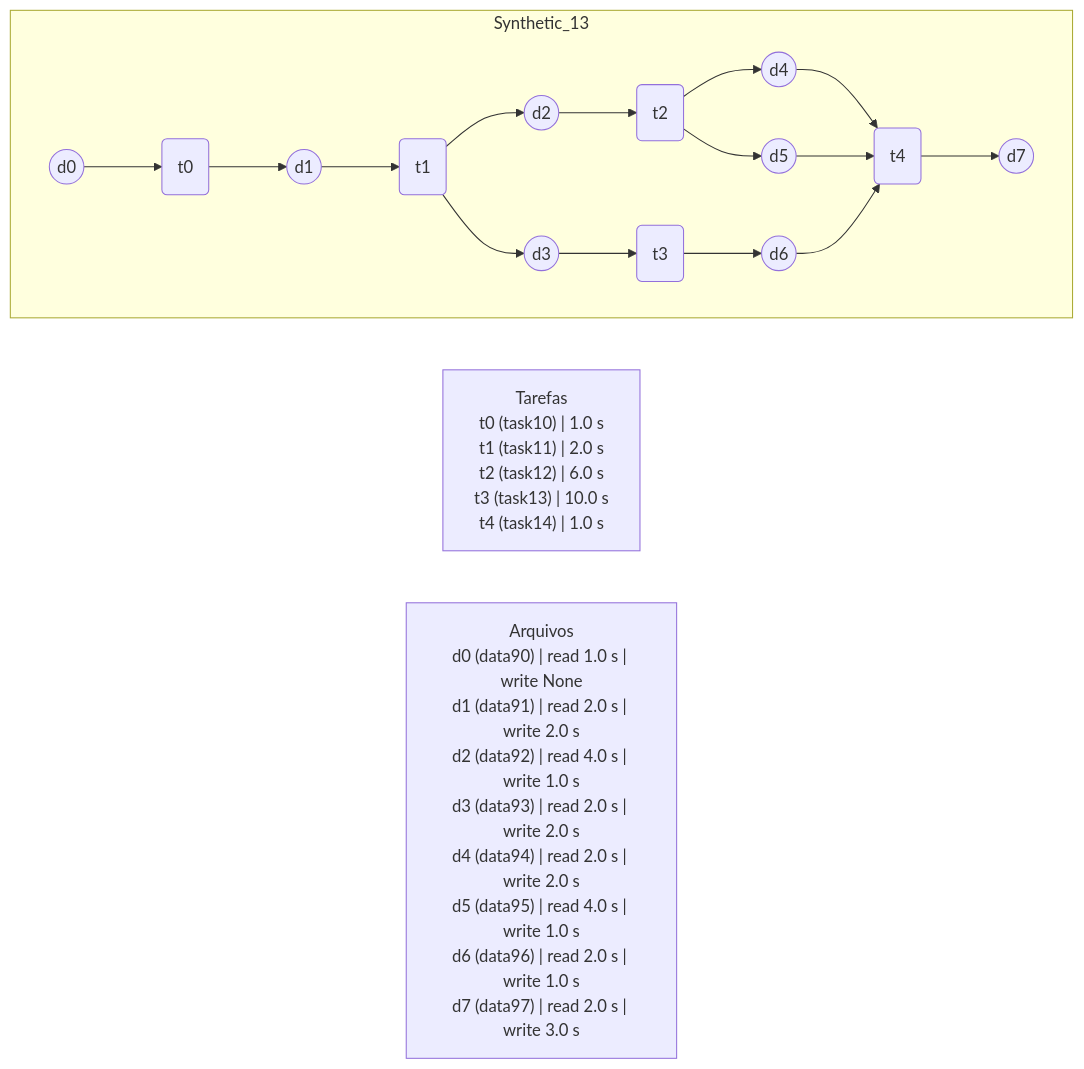
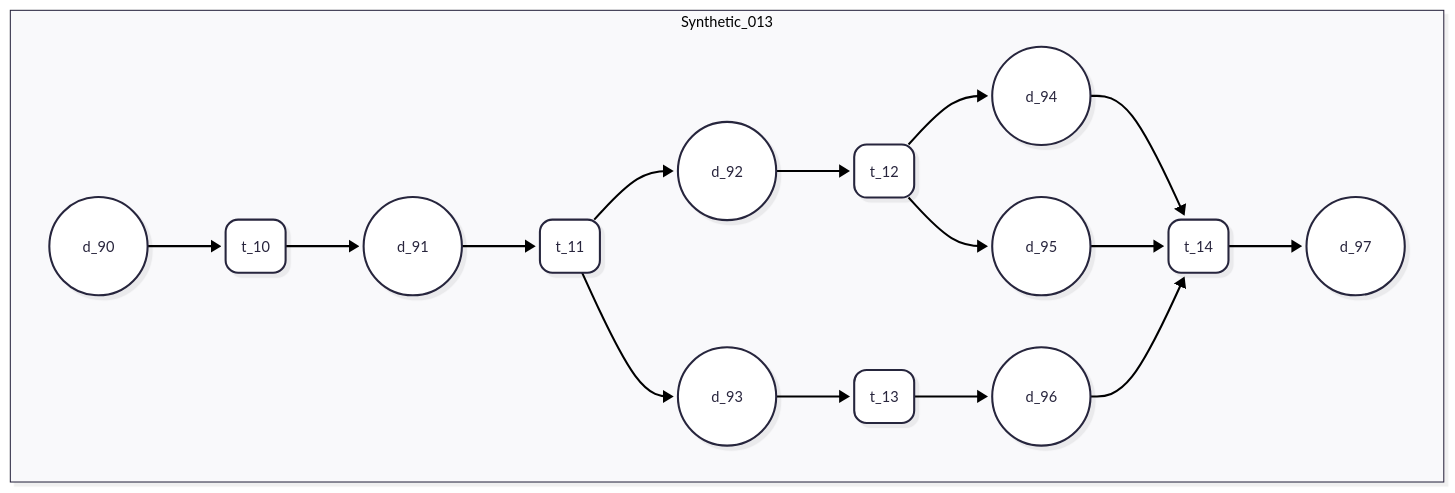
The diagram in resources/data/instance_files/synthetic/synthetic_user_defined/mermaid/Synthetic_13.mermaid (UFFeScience/denethor), drawn with Mermaid before and after one commit. The commit also changed 17 other files, not shown here.

Commit message:
Novas definições de instâncias sintéticas,  arquivos mermaid e scripts geradores

```diff
--- a/resources/data/instance_files/synthetic/synthetic_user_defined/mermaid/Synthetic_13.mermaid
+++ b/resources/data/instance_files/synthetic/synthetic_user_defined/mermaid/Synthetic_13.mermaid
@@ -1,36 +1,35 @@
 ---
 config:
   layout: dagre
+  theme: redux
+  look: neo
 ---
 flowchart LR
- subgraph Synthetic_13["Synthetic_13"]
+ subgraph Synthetic_13["Synthetic_013"]
     direction LR
-        S13_t0("t0")
-        S13_d0(("d0"))
-        S13_d1(("d1"))
-        S13_t1("t1")
-        S13_d2(("d2"))
-        S13_d3(("d3"))
-        S13_t2("t2")
-        S13_d4(("d4"))
-        S13_d5(("d5"))
-        S13_t3("t3")
-        S13_d6(("d6"))
-        S13_t4("t4")
-        S13_d7(("d7"))
+        S13_d0(("d_90"))
+        S13_d1(("d_91"))
+        S13_d2(("d_92"))
+        S13_d3(("d_93"))
+        S13_d4(("d_94"))
+        S13_d5(("d_95"))
+        S13_d6(("d_96"))
+        S13_d7(("d_97"))
+        S13_t0("t_10")
+        S13_t1("t_11")
+        S13_t2("t_12")
+        S13_t3("t_13")
+        S13_t4("t_14")
   end
     S13_d0 --> S13_t0
-    S13_t0 --> S13_d1
     S13_d1 --> S13_t1
-    S13_t1 --> S13_d2 & S13_d3
     S13_d2 --> S13_t2
-    S13_t2 --> S13_d4 & S13_d5
     S13_d3 --> S13_t3
-    S13_t3 --> S13_d6
     S13_d4 --> S13_t4
     S13_d5 --> S13_t4
     S13_d6 --> S13_t4
+    S13_t0 --> S13_d1
+    S13_t1 --> S13_d2 & S13_d3
+    S13_t2 --> S13_d4 & S13_d5
+    S13_t3 --> S13_d6
     S13_t4 --> S13_d7
-
-    TASK_TIMES["Tarefas<br/>t0 (task10) | 1.0 s<br/>t1 (task11) | 2.0 s<br/>t2 (task12) | 6.0 s<br/>t3 (task13) | 10.0 s<br/>t4 (task14) | 1.0 s"]
-    FILE_TIMES["Arquivos<br/>d0 (data90) | read 1.0 s | write None<br/>d1 (data91) | read 2.0 s | write 2.0 s<br/>d2 (data92) | read 4.0 s | write 1.0 s<br/>d3 (data93) | read 2.0 s | write 2.0 s<br/>d4 (data94) | read 2.0 s | write 2.0 s<br/>d5 (data95) | read 4.0 s | write 1.0 s<br/>d6 (data96) | read 2.0 s | write 1.0 s<br/>d7 (data97) | read 2.0 s | write 3.0 s"]
```
